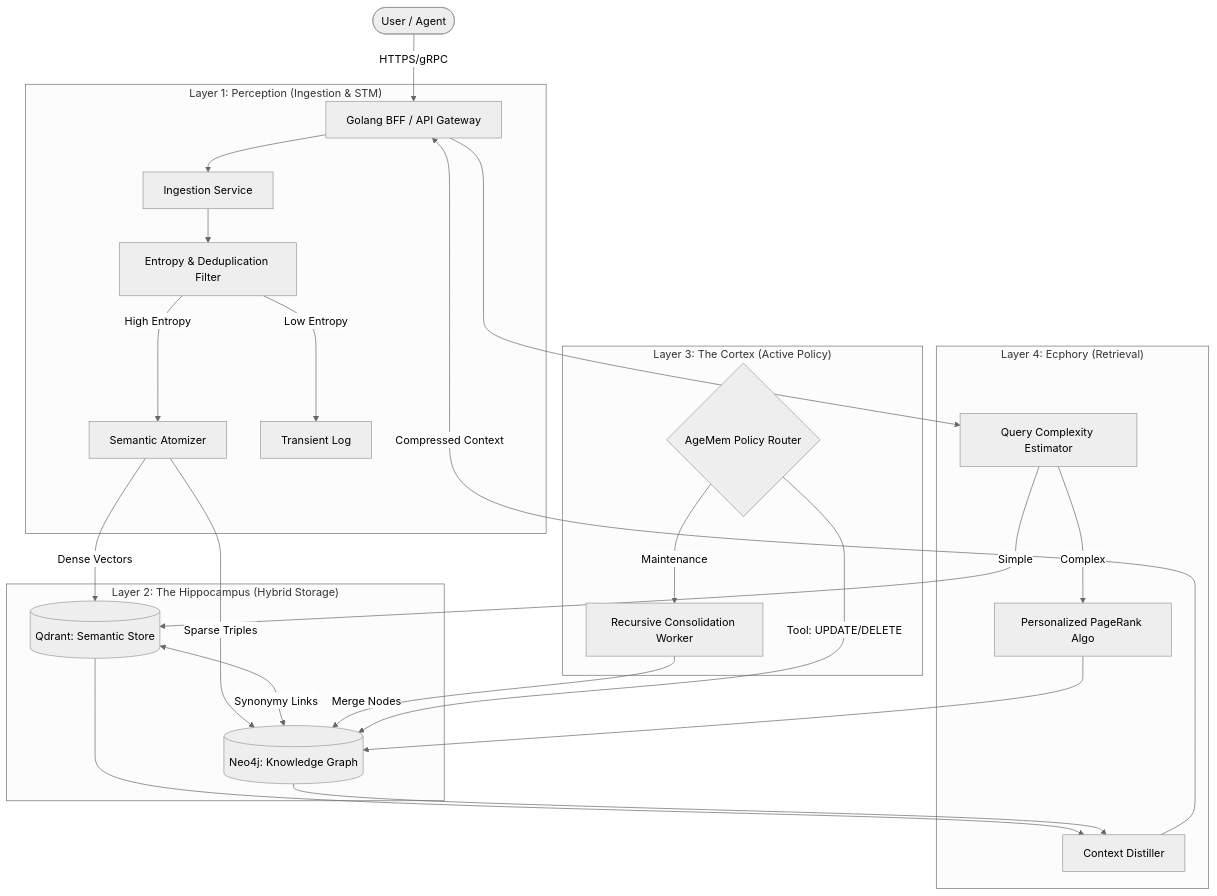
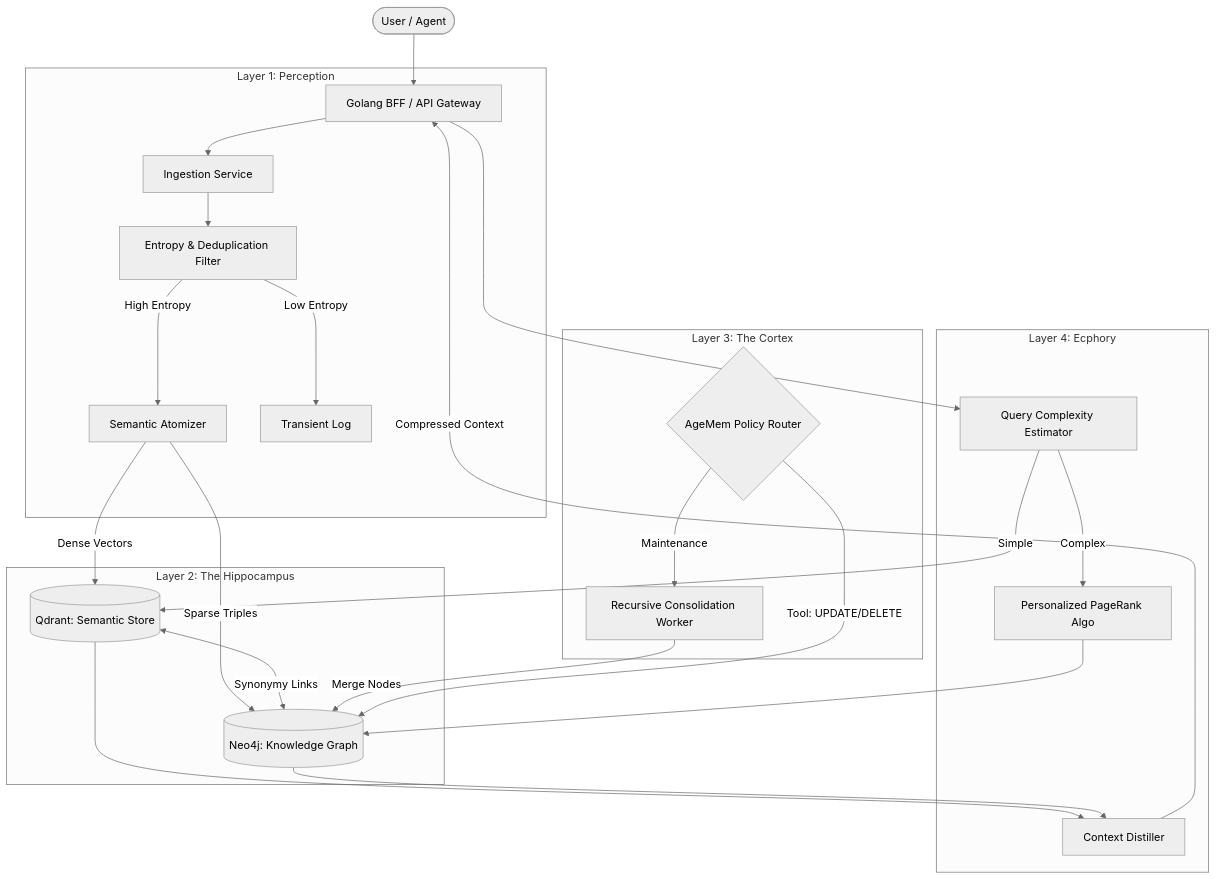
The diagram in docs/architecture/cortex.md (Nytheris-AI/aether-sdk), drawn with Mermaid (neutral theme) before and after one commit. The commit also changed 1 other file, not shown here.

Commit message:
feat: update the syntax and content

````diff
--- a/docs/architecture/cortex.md
+++ b/docs/architecture/cortex.md
@@ -34,35 +34,35 @@
 ```mermaid
 graph TD
     %% --- External Interface ---
-    User([User / Agent]) -->|HTTPS/gRPC| Gateway[Golang BFF / API Gateway]
+    User(["User / Agent"]) --> Gateway["Golang BFF / API Gateway"]
     
-    subgraph "Layer 1: Perception (Ingestion & STM)"
+    subgraph Layer1["Layer 1: Perception"]
         Gateway --> Ingestor[Ingestion Service]
-        Ingestor --> EntropyFilter[Entropy & Deduplication Filter]
-        EntropyFilter -->|High Entropy| Atomizer[Semantic Atomizer]
-        EntropyFilter -->|Low Entropy| Discard[Transient Log]
+        Ingestor --> EntropyFilter["Entropy & Deduplication Filter"]
+        EntropyFilter -->|"High Entropy"| Atomizer[Semantic Atomizer]
+        EntropyFilter -->|"Low Entropy"| Discard[Transient Log]
     end
 
-    subgraph "Layer 2: The Hippocampus (Hybrid Storage)"
-        Atomizer -->|Dense Vectors| VectorDB[(Qdrant: Semantic Store)]
-        Atomizer -->|Sparse Triples| GraphDB[(Neo4j: Knowledge Graph)]
-        VectorDB <-->|Synonymy Links| GraphDB
+    subgraph Layer2["Layer 2: The Hippocampus"]
+        Atomizer -->|"Dense Vectors"| VectorDB[("Qdrant: Semantic Store")]
+        Atomizer -->|"Sparse Triples"| GraphDB[("Neo4j: Knowledge Graph")]
+        VectorDB <-->|"Synonymy Links"| GraphDB
     end
 
-    subgraph "Layer 3: The Cortex (Active Policy)"
+    subgraph Layer3["Layer 3: The Cortex"]
         PolicyEngine{AgeMem Policy Router}
         PolicyEngine -->|Maintenance| Consolidation[Recursive Consolidation Worker]
-        Consolidation -->|Merge Nodes| GraphDB
-        PolicyEngine -->|Tool: UPDATE/DELETE| GraphDB
+        Consolidation -->|"Merge Nodes"| GraphDB
+        PolicyEngine -->|"Tool: UPDATE/DELETE"| GraphDB
     end
 
-    subgraph "Layer 4: Ecphory (Retrieval)"
+    subgraph Layer4["Layer 4: Ecphory"]
         Gateway --> QueryPlanner[Query Complexity Estimator]
         QueryPlanner -->|Simple| VectorDB
         QueryPlanner -->|Complex| PPR[Personalized PageRank Algo]
         PPR --> GraphDB
         VectorDB & GraphDB --> ContextSynthesizer[Context Distiller]
     end
 
-    ContextSynthesizer -->|Compressed Context| Gateway
+    ContextSynthesizer -->|"Compressed Context"| Gateway
 ```
````
